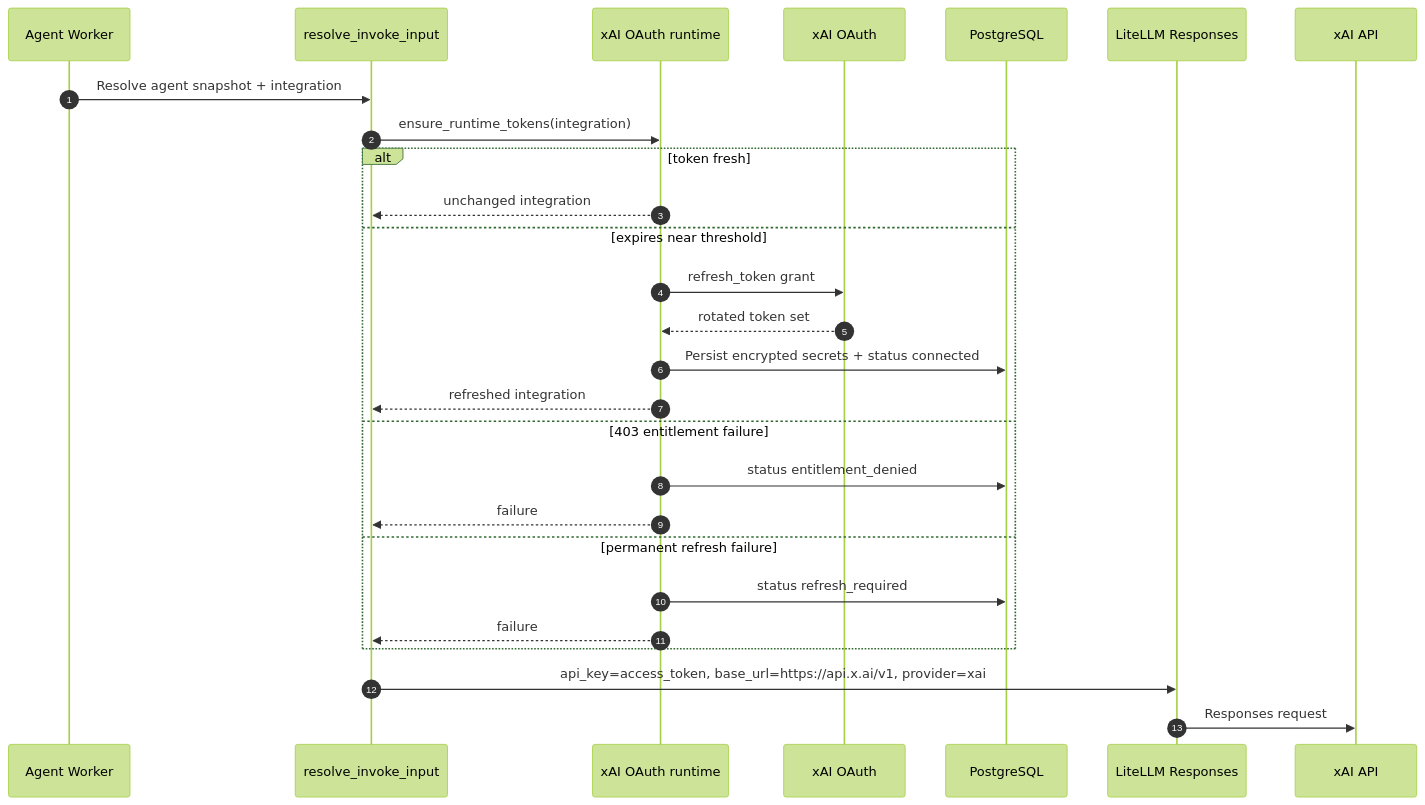
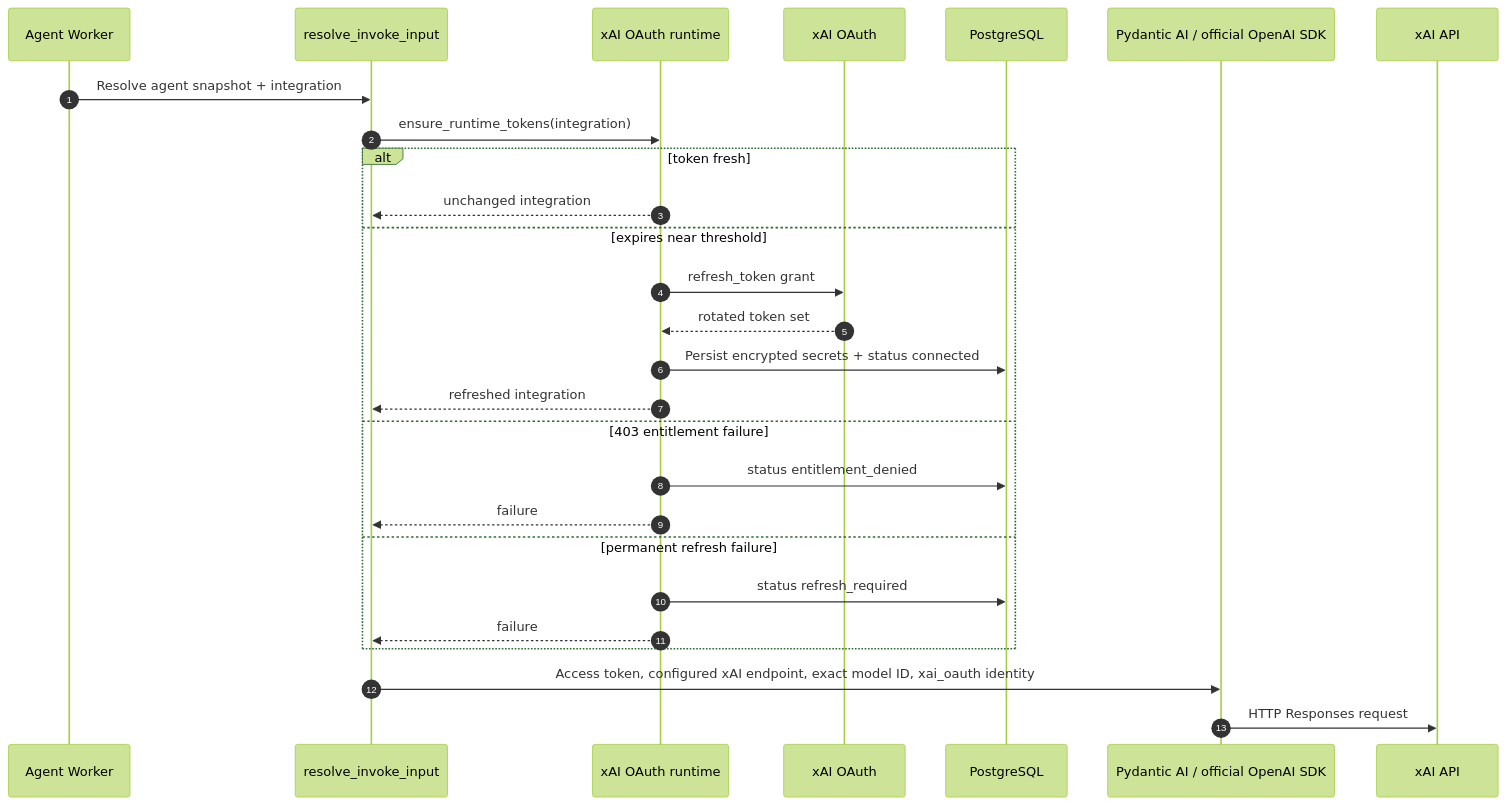
The second of 2 diagrams in docs/azents/spec/flow/xai-oauth.md (azents/azents), drawn with Mermaid (forest theme) before and after one commit. The commit also changed other lines of this file and 117 other files, not shown here.

````diff
--- a/docs/azents/spec/flow/xai-oauth.md
+++ b/docs/azents/spec/flow/xai-oauth.md
@@ -153,30 +154,30 @@
 ```mermaid
 sequenceDiagram
     autonumber
     participant Worker as Agent Worker
     participant Resolve as resolve_invoke_input
     participant OAuth as xAI OAuth runtime
     participant AS as xAI OAuth
     participant DB as PostgreSQL
-    participant LiteLLM as LiteLLM Responses
+    participant Model as Pydantic AI / official OpenAI SDK
     participant XAI as xAI API
 
     Worker->>Resolve: Resolve agent snapshot + integration
     Resolve->>OAuth: ensure_runtime_tokens(integration)
     alt token fresh
         OAuth-->>Resolve: unchanged integration
     else expires near threshold
         OAuth->>AS: refresh_token grant
         AS-->>OAuth: rotated token set
         OAuth->>DB: Persist encrypted secrets + status connected
         OAuth-->>Resolve: refreshed integration
     else 403 entitlement failure
         OAuth->>DB: status entitlement_denied
         OAuth-->>Resolve: failure
     else permanent refresh failure
         OAuth->>DB: status refresh_required
         OAuth-->>Resolve: failure
     end
-    Resolve->>LiteLLM: api_key=access_token, base_url=https://api.x.ai/v1, provider=xai
-    LiteLLM->>XAI: Responses request
+    Resolve->>Model: Access token, configured xAI endpoint, exact model ID, xai_oauth identity
+    Model->>XAI: HTTP Responses request
 ```
````
